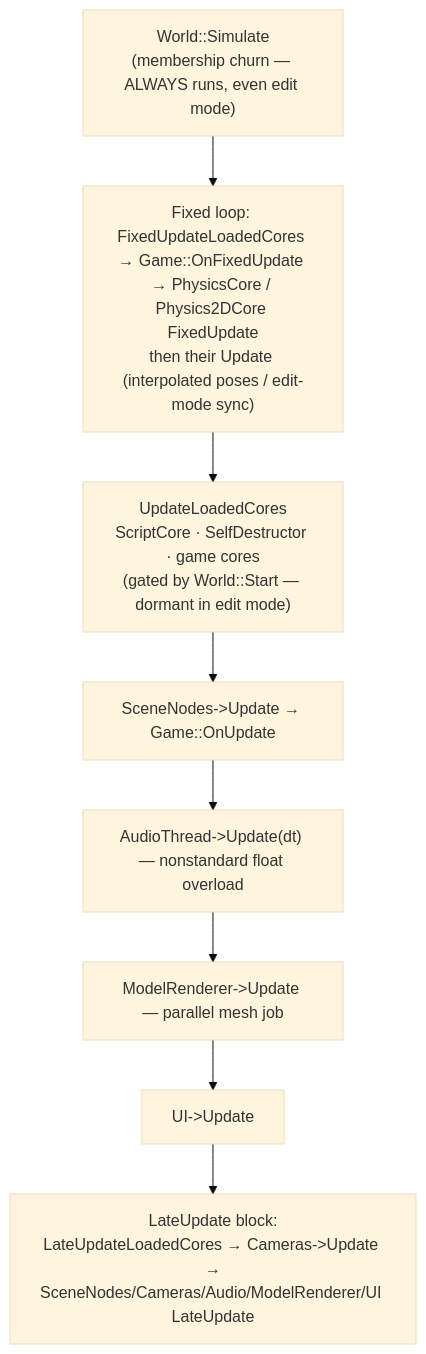
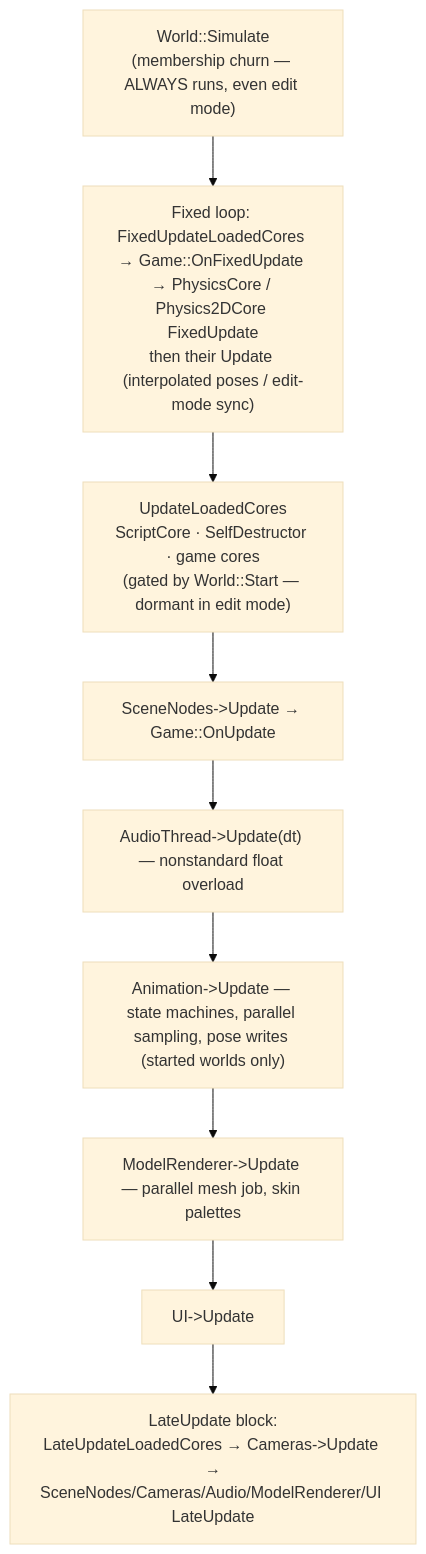
The diagram in Docs/Cores-and-Components-Reference.md (wobbier/MitchEngine), drawn with Mermaid (base theme) before and after one commit. The commit also changed other lines of this file and 7 other files, not shown here.

````diff
--- a/Docs/Cores-and-Components-Reference.md
+++ b/Docs/Cores-and-Components-Reference.md
@@ -30,10 +31,11 @@
 ```mermaid
 flowchart TD
     A["World::Simulate<br/>(membership churn — ALWAYS runs, even edit mode)"] --> P["Fixed loop: FixedUpdateLoadedCores → Game::OnFixedUpdate → PhysicsCore / Physics2DCore FixedUpdate<br/>then their Update (interpolated poses / edit-mode sync)"]
     P --> B["UpdateLoadedCores<br/>ScriptCore · SelfDestructor · game cores<br/>(gated by World::Start — dormant in edit mode)"]
     B --> C["SceneNodes->Update → Game::OnUpdate"]
     C --> D["AudioThread->Update(dt) — nonstandard float overload"]
-    D --> E["ModelRenderer->Update — parallel mesh job"]
+    D --> D2["Animation->Update — state machines, parallel sampling, pose writes (started worlds only)"]
+    D2 --> E["ModelRenderer->Update — parallel mesh job, skin palettes"]
     E --> F["UI->Update"]
     F --> G["LateUpdate block:<br/>LateUpdateLoadedCores → Cameras->Update →<br/>SceneNodes/Cameras/Audio/ModelRenderer/UI LateUpdate"]
 ```
````
